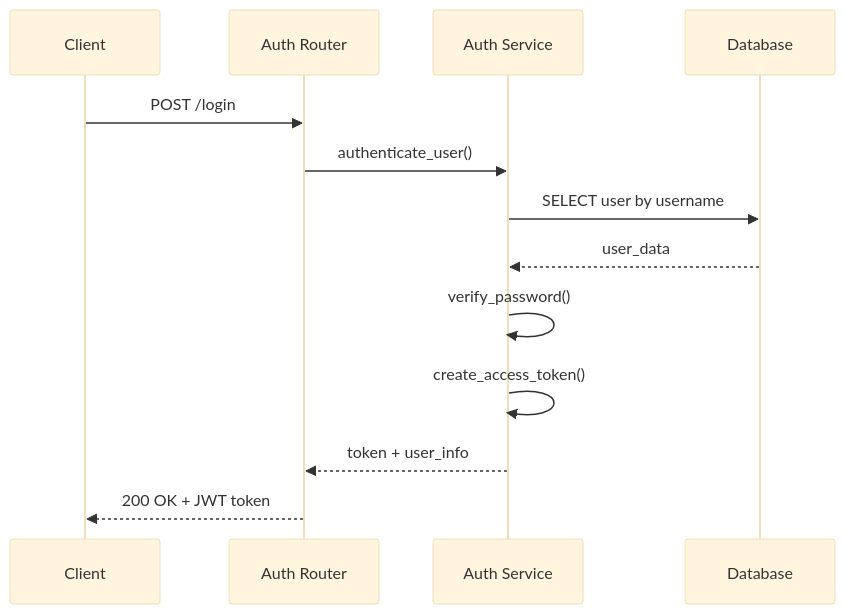
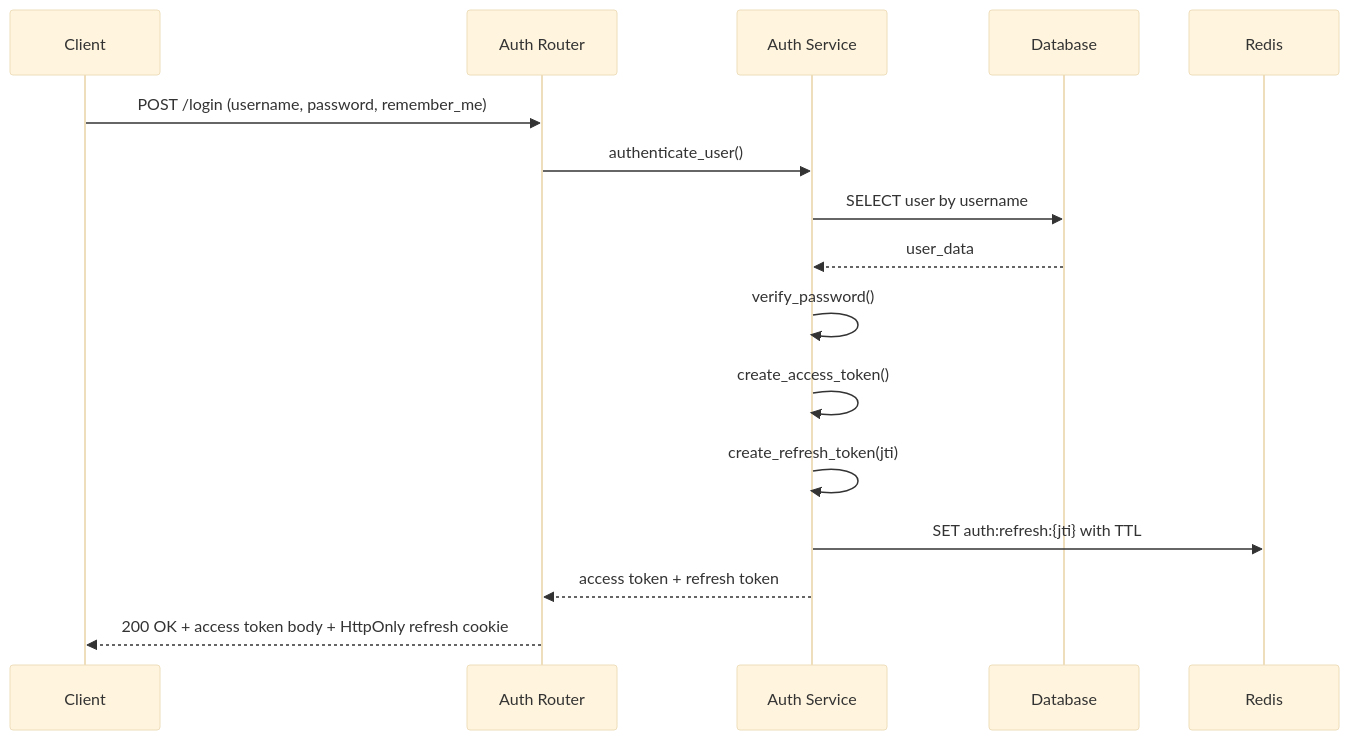
The second of 16 diagrams in docs/api_flows.md (js-owl/maas-back), drawn with Mermaid (base theme) before and after one commit. The commit also changed other lines of this file and 13 other files, not shown here.

Commit message:
Update 15.05 - refresh token

````diff
--- a/docs/api_flows.md
+++ b/docs/api_flows.md
@@ -28,16 +28,19 @@
 ```mermaid
 sequenceDiagram
     participant C as Client
     participant A as Auth Router
     participant AS as Auth Service
     participant DB as Database
+    participant R as Redis
     
-    C->>A: POST /login
+    C->>A: POST /login (username, password, remember_me)
     A->>AS: authenticate_user()
     AS->>DB: SELECT user by username
     DB-->>AS: user_data
     AS->>AS: verify_password()
     AS->>AS: create_access_token()
-    AS-->>A: token + user_info
-    A-->>C: 200 OK + JWT token
+    AS->>AS: create_refresh_token(jti)
+    AS->>R: SET auth:refresh:{jti} with TTL
+    AS-->>A: access token + refresh token
+    A-->>C: 200 OK + access token body + HttpOnly refresh cookie
 ```
````
